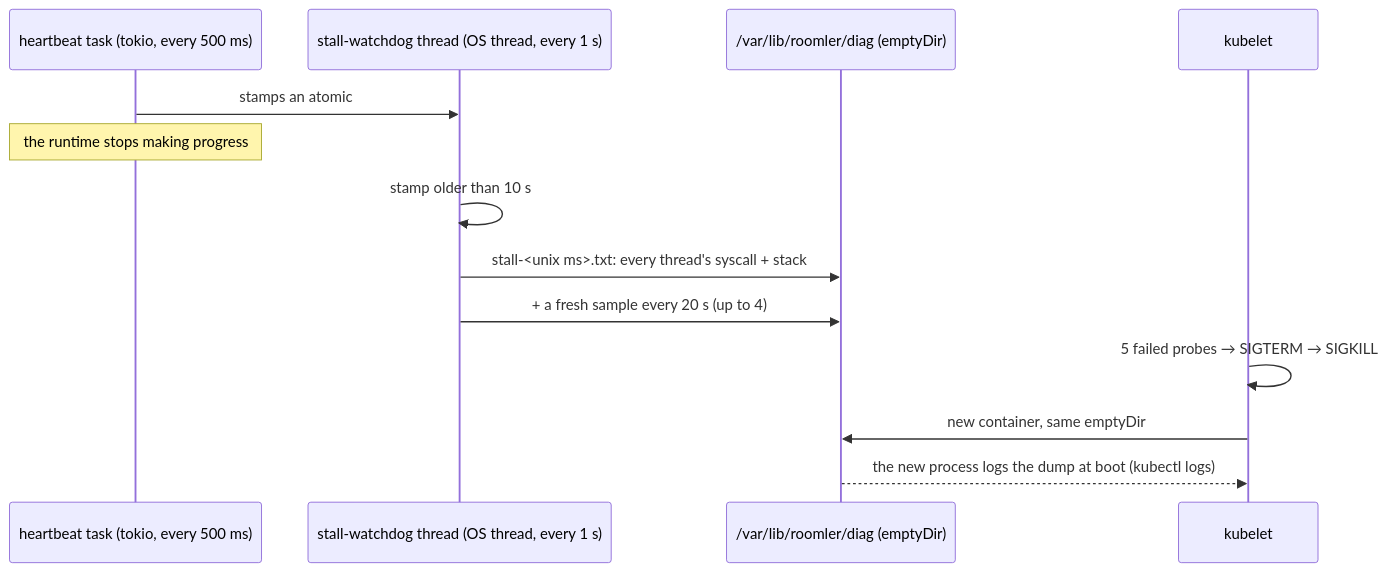
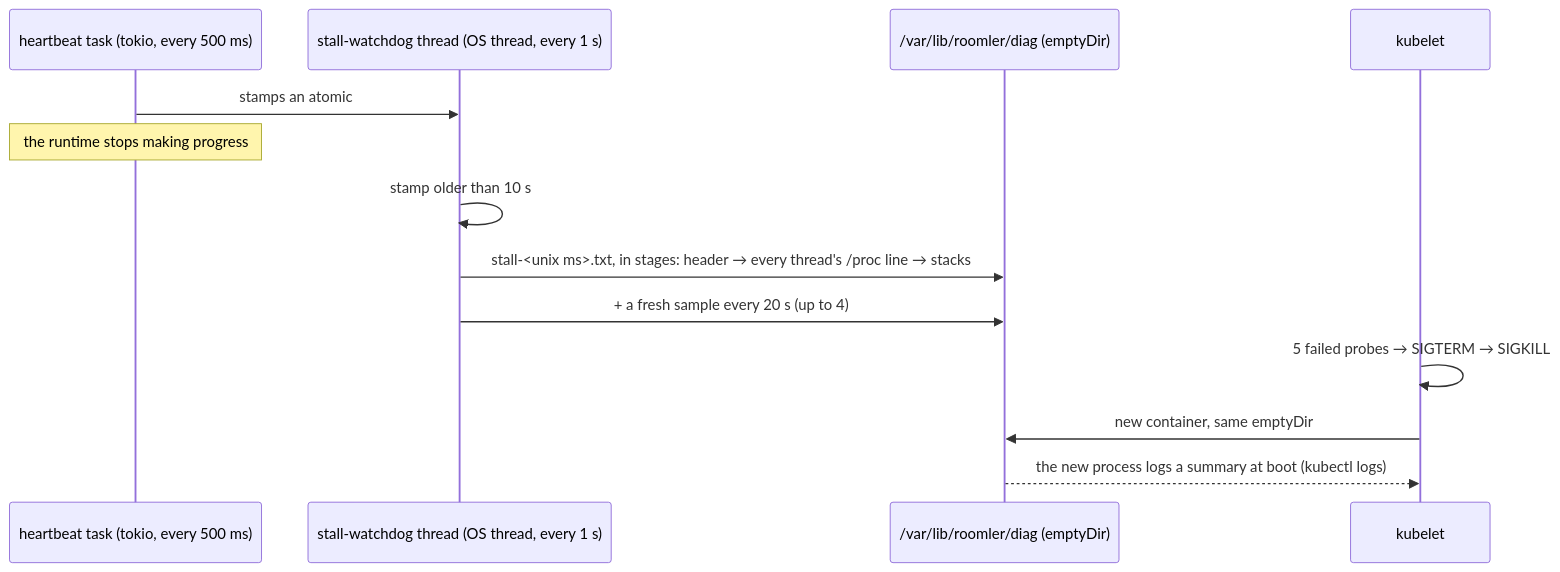
Before and after one commit to gjovanov/roomler-ai: the third of 4 diagrams in docs/deployment.md, drawn with Mermaid. The commit also changed other lines of this file and 3 other files, not shown here.

First line of the commit message:
fix(server): stall watchdog review — a claimed capture, staged dumps, a boot report that cannot wedge (#1731)

````diff
--- a/docs/deployment.md
+++ b/docs/deployment.md
@@ -190,15 +190,15 @@
 ```mermaid
 sequenceDiagram
     participant HB as heartbeat task (tokio, every 500 ms)
     participant WD as stall-watchdog thread (OS thread, every 1 s)
     participant F as /var/lib/roomler/diag (emptyDir)
     participant K as kubelet
     HB->>WD: stamps an atomic
     Note over HB: the runtime stops making progress
     WD->>WD: stamp older than 10 s
-    WD->>F: stall-<unix ms>.txt: every thread's syscall + stack
+    WD->>F: stall-<unix ms>.txt, in stages: header → every thread's /proc line → stacks
     WD->>F: + a fresh sample every 20 s (up to 4)
     K->>K: 5 failed probes → SIGTERM → SIGKILL
     K->>F: new container, same emptyDir
-    F-->>K: the new process logs the dump at boot (kubectl logs)
+    F-->>K: the new process logs a summary at boot (kubectl logs)
 ```
````
